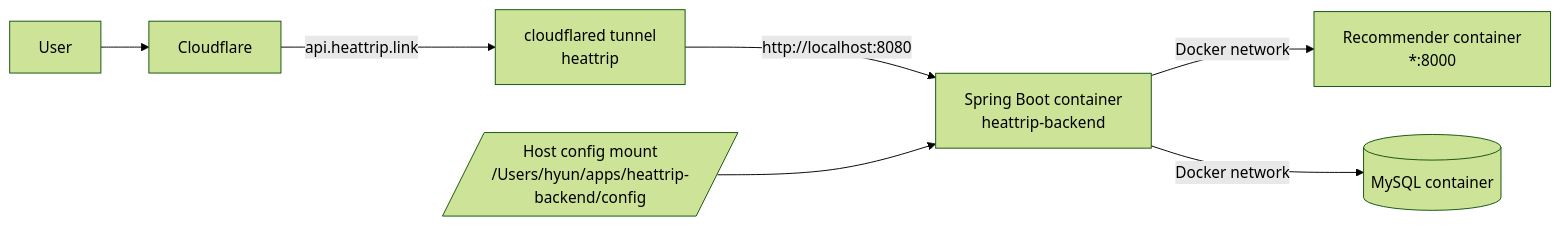
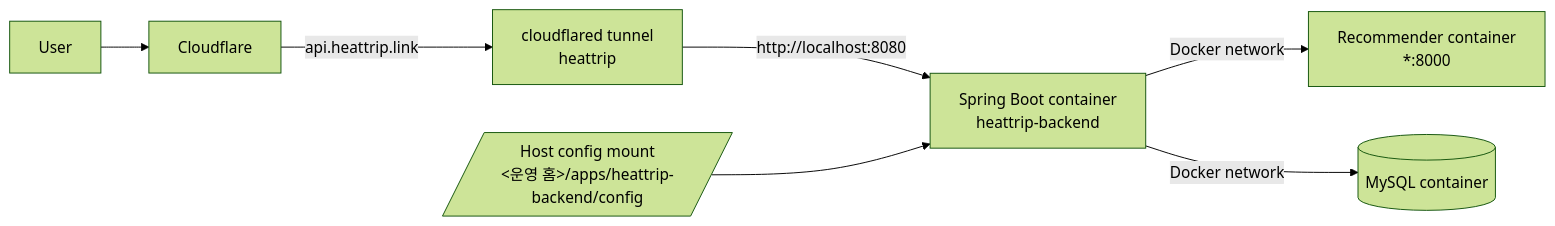
One commit to sanghyunbang/pawloop changed the first of 2 diagrams in backend/docs/operations/public-operation-transition/20_mac_mini_actual_state_2026_03_18.md. Above: the diagram before and after it, drawn with Mermaid (forest theme). The commit also changed other lines of this file and 16 other files, not shown here.

````diff
--- a/backend/docs/operations/public-operation-transition/20_mac_mini_actual_state_2026_03_18.md
+++ b/backend/docs/operations/public-operation-transition/20_mac_mini_actual_state_2026_03_18.md
@@ -23,17 +23,17 @@
 ```mermaid
 flowchart LR
     user[User]
     cf[Cloudflare]
     cfd[cloudflared tunnel<br/>heattrip]
     app[Spring Boot container<br/>heattrip-backend]
     rec[Recommender container<br/>*:8000]
     db[(MySQL container)]
-    cfg[/Host config mount<br/>/Users/hyun/apps/heattrip-backend/config/]
+    cfg[/Host config mount<br/><운영 홈>/apps/heattrip-backend/config/]
 
     user --> cf
     cf -->|api.heattrip.link| cfd
     cfd -->|http://localhost:8080| app
     app -->|Docker network| rec
     app -->|Docker network| db
     cfg --> app
 ```
````
